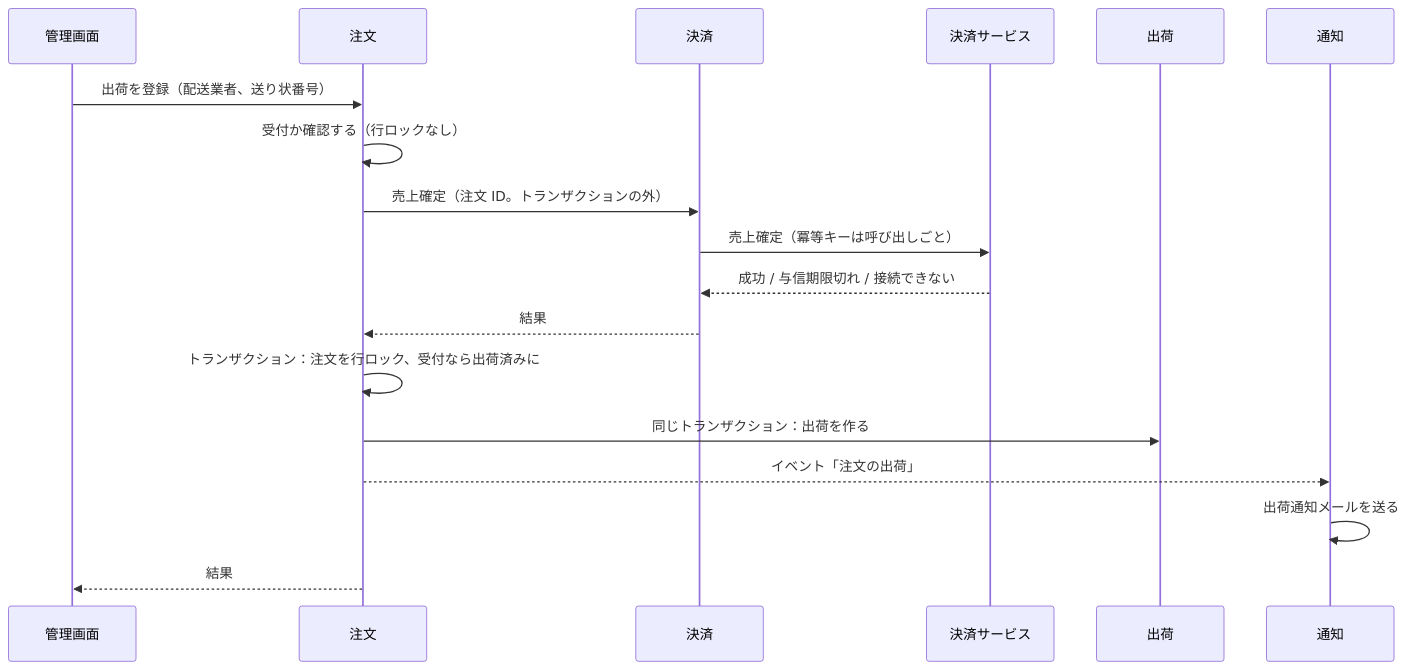
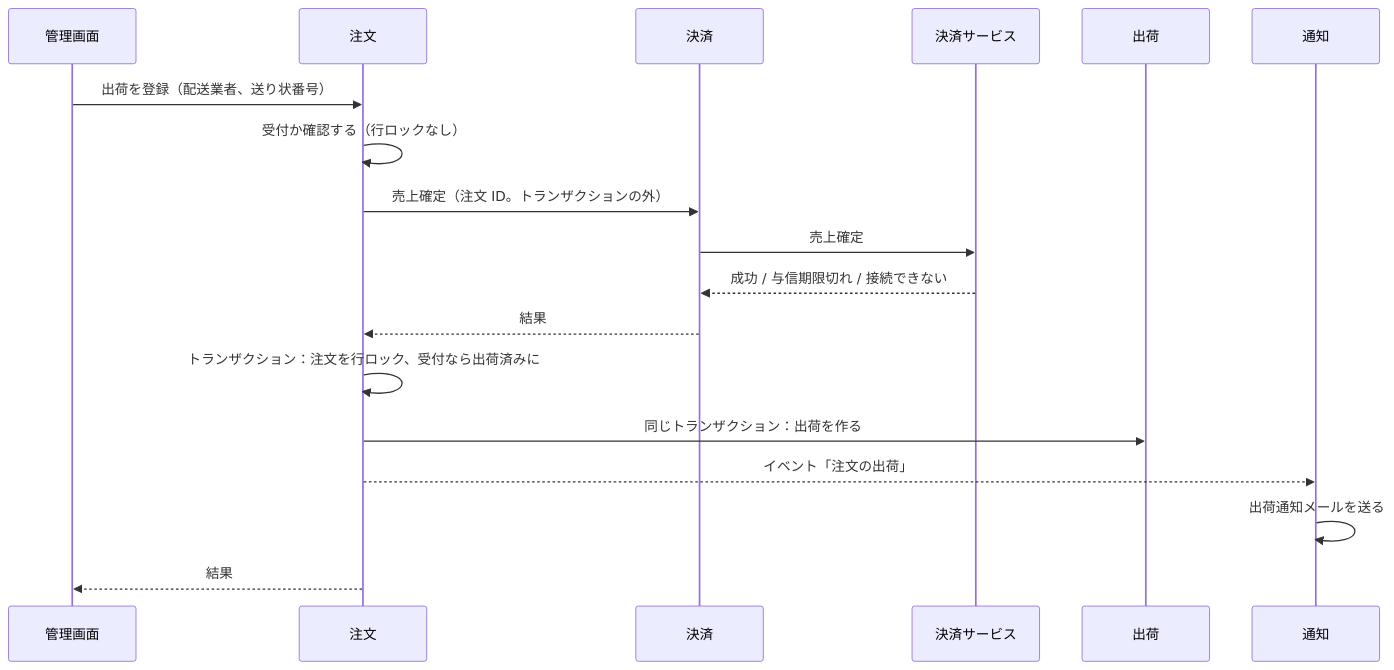
One commit to roger88106/ec-site changed the fourth of 4 diagrams in docs/02-設計/order.md. Above: the diagram before and after it, drawn with Mermaid. The commit also changed 8 other files, not shown here.

````diff
--- a/docs/02-設計/order.md
+++ b/docs/02-設計/order.md
@@ -131,20 +131,20 @@
 ```mermaid
 sequenceDiagram
     participant A as 管理画面
     participant O as 注文
     participant P as 決済
     participant G as 決済サービス
     participant S as 出荷
     participant N as 通知
     A->>O: 出荷を登録（配送業者、送り状番号）
     O->>O: 受付か確認する（行ロックなし）
     O->>P: 売上確定（注文 ID。トランザクションの外）
-    P->>G: 売上確定（冪等キーは呼び出しごと）
+    P->>G: 売上確定
     G-->>P: 成功 / 与信期限切れ / 接続できない
     P-->>O: 結果
     O->>O: トランザクション：注文を行ロック、受付なら出荷済みに
     O->>S: 同じトランザクション：出荷を作る
     O-->>N: イベント「注文の出荷」
     N->>N: 出荷通知メールを送る
     O-->>A: 結果
 ```
````
